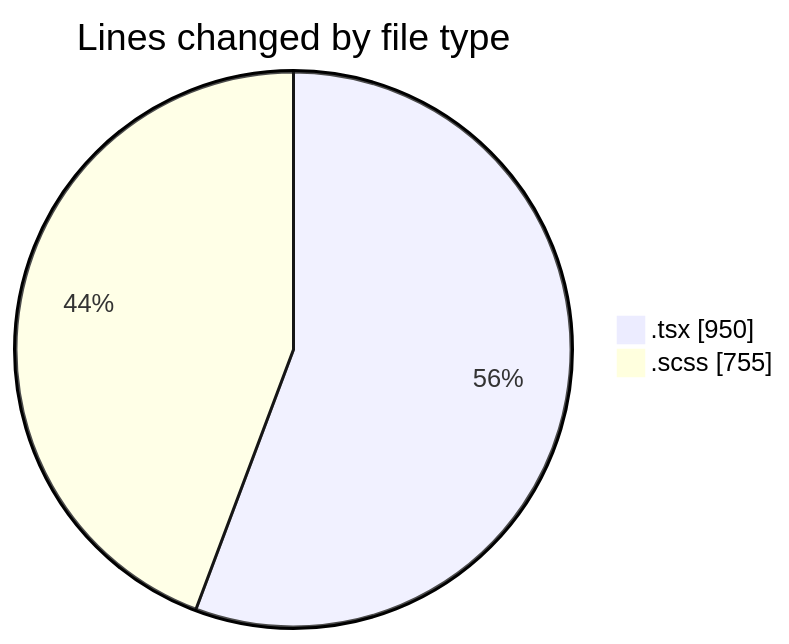
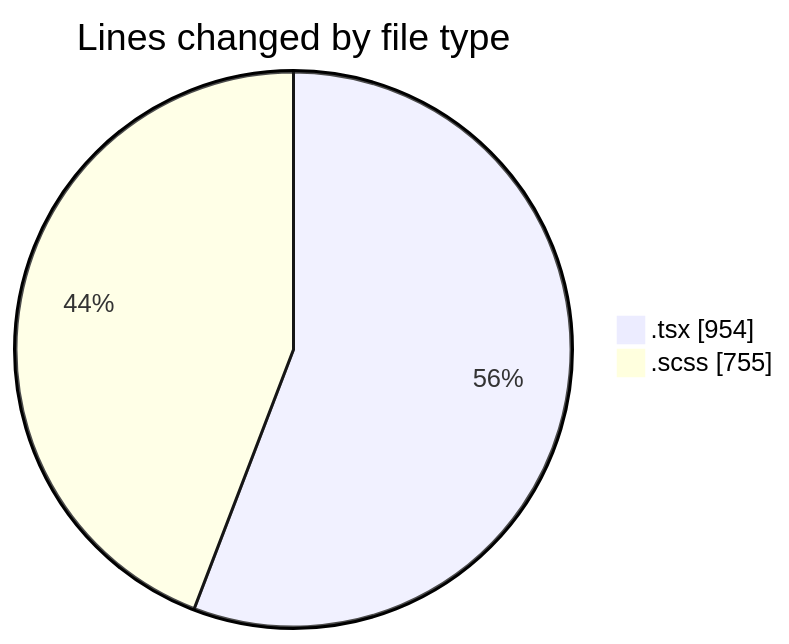
The first of 2 diagrams in 2025-10-06/cda/README.md (momahboobian/code-tracking), drawn with Mermaid before and after one commit. The commit also changed other lines of this file and 1 other file, not shown here.

````diff
--- a/2025-10-06/cda/README.md
+++ b/2025-10-06/cda/README.md
@@ -24,6 +24,6 @@
 ```mermaid
 pie showData
 title Lines changed by file type
-".tsx" : 950
+".tsx" : 954
 ".scss" : 755
 ```
````
